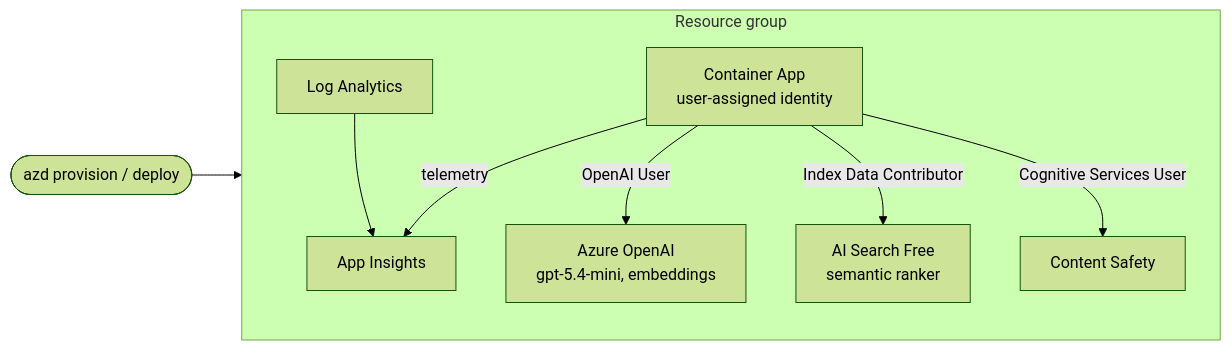
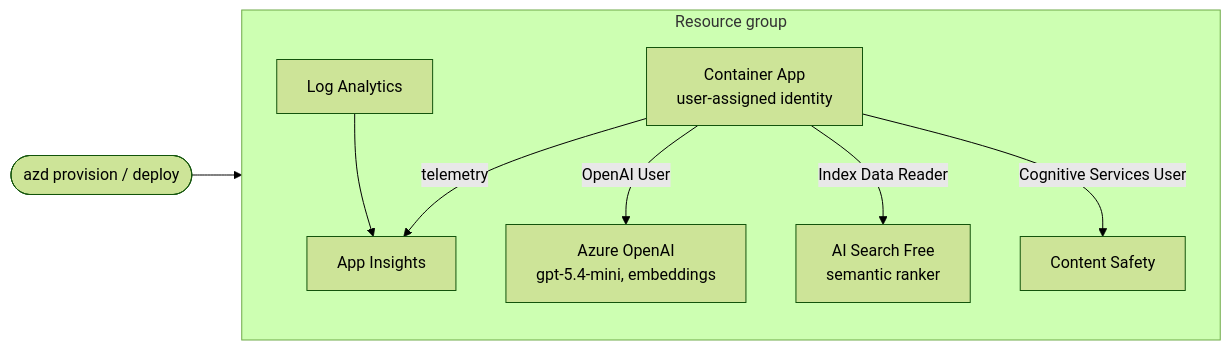
Before and after one commit to silent-vector-26/sous-chef-rag-cookbook: the seventh of 8 diagrams in docs/SRS.md, drawn with Mermaid (forest theme). The commit also changed other lines of this file and 18 other files, not shown here.

First line of the commit message:
Polish portfolio documentation and repair Mermaid diagrams (#14)

````diff
--- a/docs/SRS.md
+++ b/docs/SRS.md
@@ -166,15 +173,15 @@
 ```mermaid
 flowchart LR
     subgraph RG[Resource group]
         CA[Container App<br/>user-assigned identity]
         AOAI[Azure OpenAI<br/>gpt-5.4-mini, embeddings]
         AIS[AI Search Free<br/>semantic ranker]
         CS[Content Safety]
         LA[Log Analytics] --> AI[App Insights]
     end
     CA -- OpenAI User --> AOAI
-    CA -- Index Data Contributor --> AIS
+    CA -- Index Data Reader --> AIS
     CA -- Cognitive Services User --> CS
     CA -- telemetry --> AI
     Dev([azd provision / deploy]) --> RG
 ```
````
